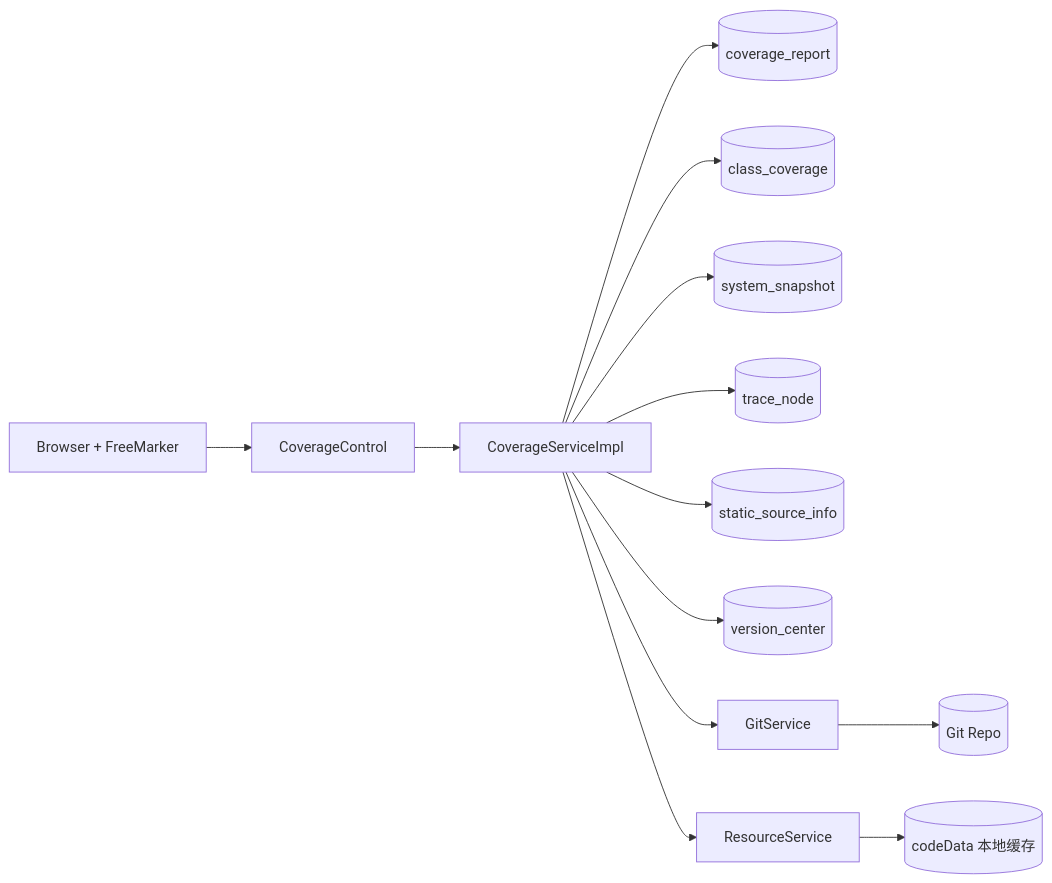
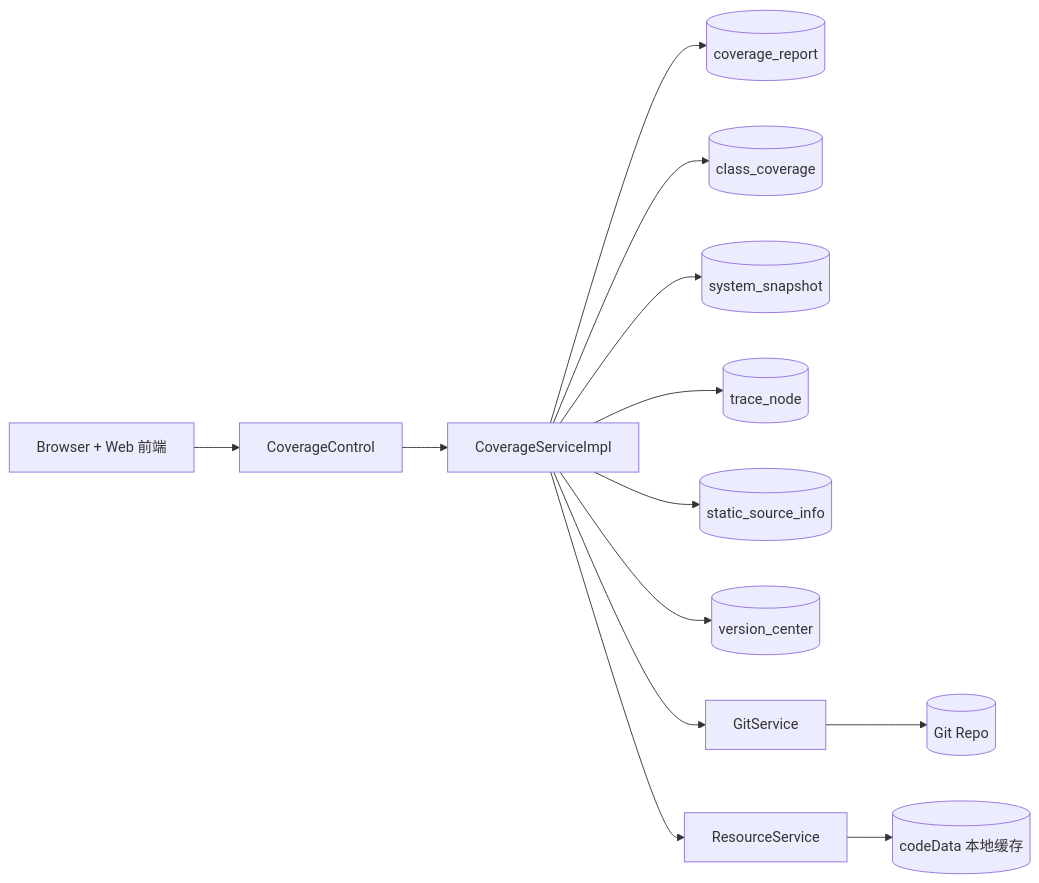
Before and after one commit to 000xiaoxiao000/oAccurateTest: the sixth of 10 diagrams in oAT-service/oAT-service-web/README-coverage-architecture.md, drawn with Mermaid. The commit also changed other lines of this file and 1 other file, not shown here.

````diff
--- a/oAT-service/oAT-service-web/README-coverage-architecture.md
+++ b/oAT-service/oAT-service-web/README-coverage-architecture.md
@@ -145,15 +145,15 @@
 ```mermaid
 flowchart LR
-  U[Browser + FreeMarker] --> CC[CoverageControl]
+  U[Browser + Web 前端] --> CC[CoverageControl]
   CC --> CS[CoverageServiceImpl]
   CS --> CR[(coverage_report)]
   CS --> CCR[(class_coverage)]
   CS --> SSR[(system_snapshot)]
   CS --> TR[(trace_node)]
   CS --> SIR[(static_source_info)]
   CS --> VCR[(version_center)]
   CS --> GS[GitService]
   CS --> RS[ResourceService]
   GS --> GIT[(Git Repo)]
   RS --> FS[(codeData 本地缓存)]
 ```
````
